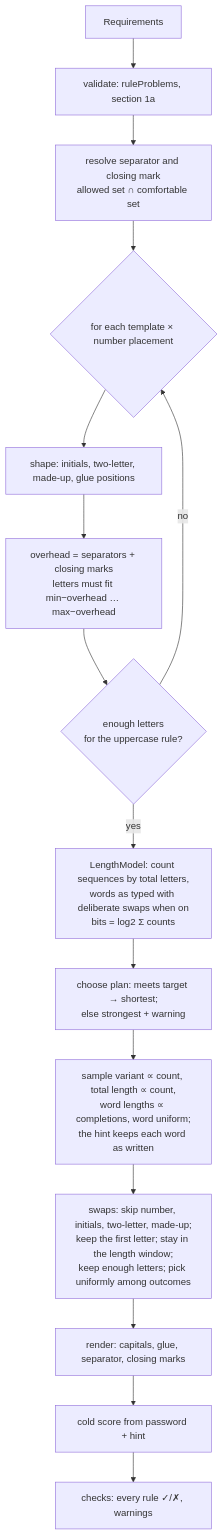
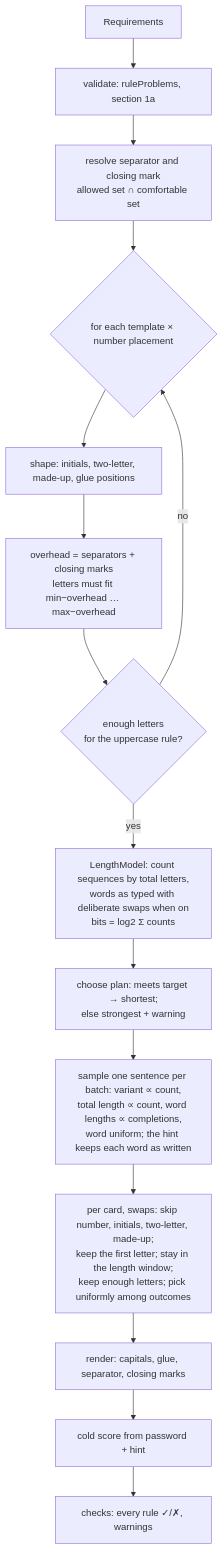
One commit to SalientForm/elegant-password changed the first of 3 diagrams in docs/algorithm-flow.md. Above: the diagram before and after it, drawn with Mermaid. The commit also changed other lines of this file and 24 other files, not shown here.

First line of the commit message:
The made-up sentence stays until you draw a new one; "Auto" separator row fits; stronger floating-button shadow

````diff
--- a/docs/algorithm-flow.md
+++ b/docs/algorithm-flow.md
@@ -56,17 +56,17 @@
 ```mermaid
 flowchart TD
   A[Requirements] --> B[validate: ruleProblems, section 1a]
   B --> C[resolve separator and closing mark\nallowed set ∩ comfortable set]
   C --> D{for each template × number placement}
   D --> E[shape: initials, two-letter, made-up, glue positions]
   E --> F[overhead = separators + closing marks\nletters must fit min−overhead … max−overhead]
   F --> G{enough letters\nfor the uppercase rule?}
   G -- no --> D
   G -- yes --> H[LengthModel: count sequences by total letters,\nwords as typed with deliberate swaps when on\nbits = log2 Σ counts]
   H --> I[choose plan: meets target → shortest;\nelse strongest + warning]
-  I --> J[sample variant ∝ count, total length ∝ count,\nword lengths ∝ completions, word uniform;\nthe hint keeps each word as written]
-  J --> K[swaps: skip number, initials, two-letter, made-up;\nkeep the first letter; stay in the length window;\nkeep enough letters; pick uniformly among outcomes]
+  I --> J[sample one sentence per batch: variant ∝ count,\ntotal length ∝ count, word lengths ∝ completions,\nword uniform; the hint keeps each word as written]
+  J --> K[per card, swaps: skip number, initials, two-letter, made-up;\nkeep the first letter; stay in the length window;\nkeep enough letters; pick uniformly among outcomes]
   K --> L[render: capitals, glue, separator, closing marks]
   L --> M[cold score from password + hint]
   M --> N[checks: every rule ✓/✗, warnings]
 ```
````
